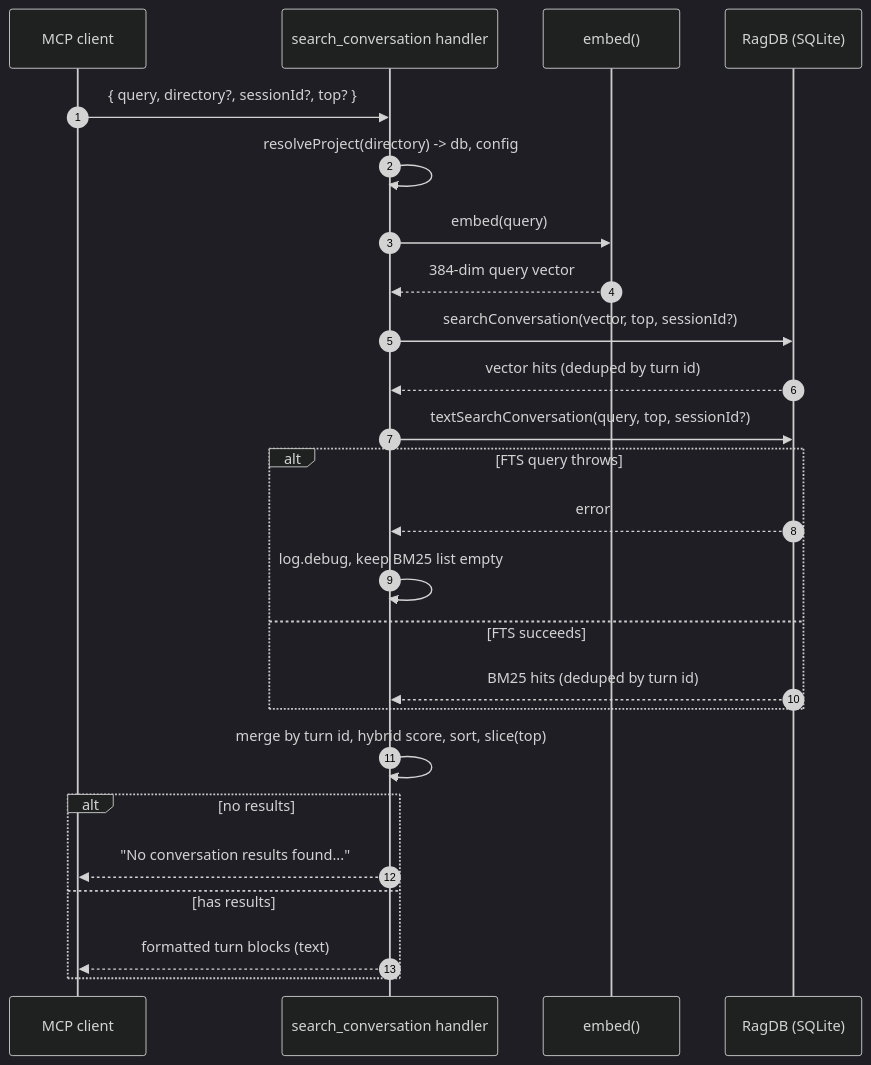
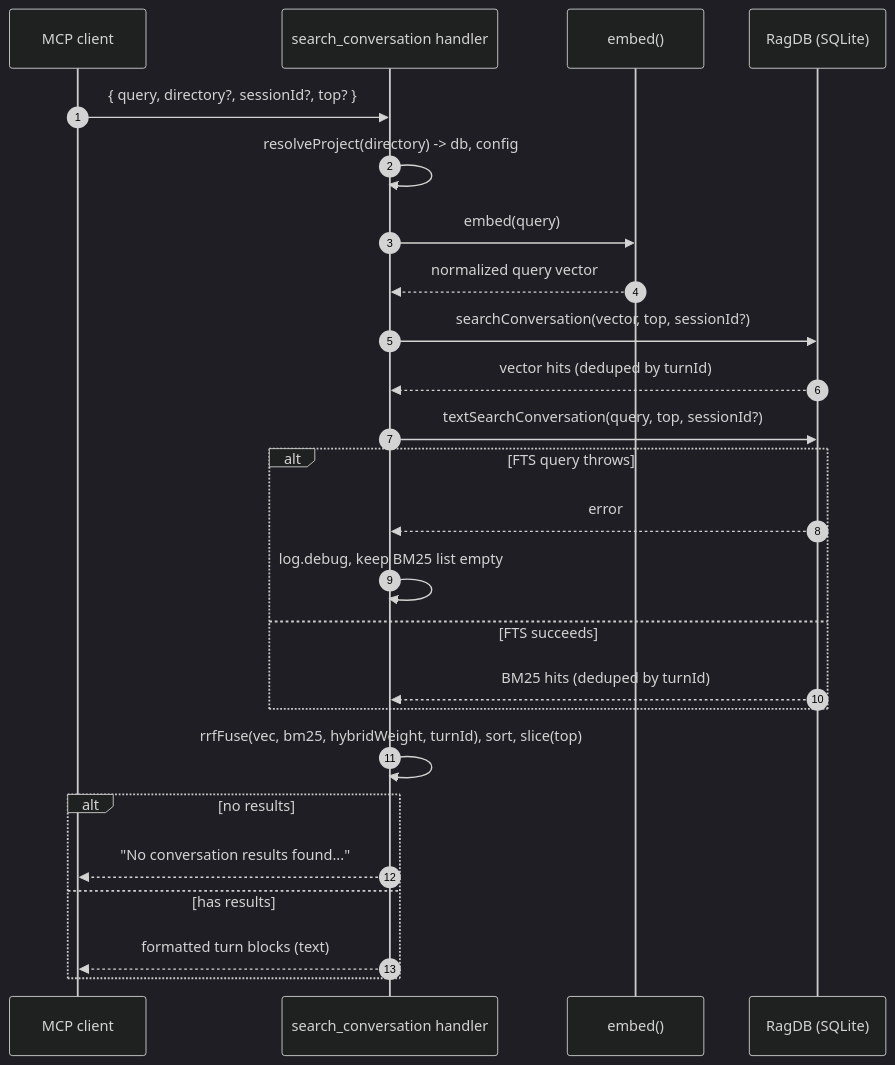
Before and after one commit to TheWinci/mimirs: the diagram in wiki/tools/search-conversation.md, drawn with Mermaid (dark theme). The commit also changed other lines of this file and 47 other files, not shown here.

````diff
--- a/wiki/tools/search-conversation.md
+++ b/wiki/tools/search-conversation.md
@@ -28,28 +28,28 @@
 ```mermaid
 sequenceDiagram
     autonumber
     participant Agent as MCP client
     participant Tool as search_conversation handler
     participant Embed as embed()
     participant DB as RagDB (SQLite)
 
     Agent->>Tool: { query, directory?, sessionId?, top? }
     Tool->>Tool: resolveProject(directory) -> db, config
     Tool->>Embed: embed(query)
-    Embed-->>Tool: 384-dim query vector
+    Embed-->>Tool: normalized query vector
     Tool->>DB: searchConversation(vector, top, sessionId?)
-    DB-->>Tool: vector hits (deduped by turn id)
+    DB-->>Tool: vector hits (deduped by turnId)
     Tool->>DB: textSearchConversation(query, top, sessionId?)
     alt FTS query throws
         DB-->>Tool: error
         Tool->>Tool: log.debug, keep BM25 list empty
     else FTS succeeds
-        DB-->>Tool: BM25 hits (deduped by turn id)
+        DB-->>Tool: BM25 hits (deduped by turnId)
     end
-    Tool->>Tool: merge by turn id, hybrid score, sort, slice(top)
+    Tool->>Tool: rrfFuse(vec, bm25, hybridWeight, turnId), sort, slice(top)
     alt no results
         Tool-->>Agent: "No conversation results found..."
     else has results
         Tool-->>Agent: formatted turn blocks (text)
     end
 ```
````
